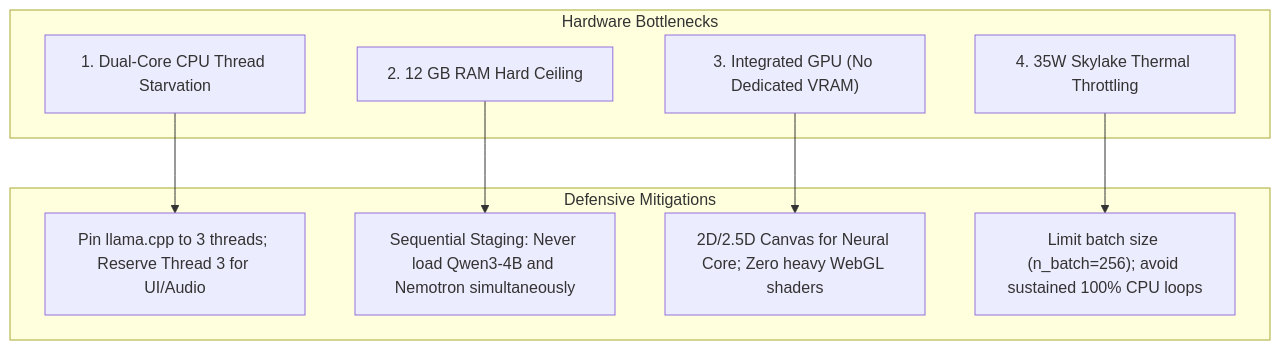
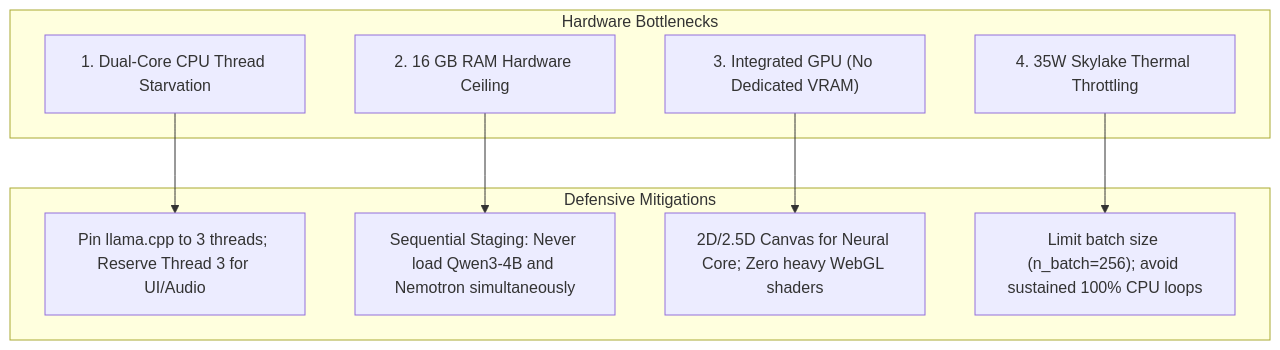
One commit to vishishthgaurlittle-byte/stitch-neural-command-audit changed the diagram in RISKS_AND_UNRESOLVED_DECISIONS.md. Above: the diagram before and after it, drawn with Mermaid. The commit also changed other lines of this file and 20 other files, not shown here.

Commit message:
docs: correct hardware RAM to 16 GB, re-audit memory budgets, and validate repo consistency

````diff
--- a/RISKS_AND_UNRESOLVED_DECISIONS.md
+++ b/RISKS_AND_UNRESOLVED_DECISIONS.md
@@ -7,21 +7,21 @@
 ```mermaid
 graph TD
     subgraph Bottlenecks ["Hardware Bottlenecks"]
         B1["1. Dual-Core CPU Thread Starvation"]
-        B2["2. 12 GB RAM Hard Ceiling"]
+        B2["2. 16 GB RAM Hardware Ceiling"]
         B3["3. Integrated GPU (No Dedicated VRAM)"]
         B4["4. 35W Skylake Thermal Throttling"]
     end
 
     subgraph Mitigations ["Defensive Mitigations"]
         M1["Pin llama.cpp to 3 threads; Reserve Thread 3 for UI/Audio"]
         M2["Sequential Staging: Never load Qwen3-4B and Nemotron simultaneously"]
         M3["2D/2.5D Canvas for Neural Core; Zero heavy WebGL shaders"]
         M4["Limit batch size (n_batch=256); avoid sustained 100% CPU loops"]
     end
 
     B1 --> M1
     B2 --> M2
     B3 --> M3
     B4 --> M4
 ```
````
